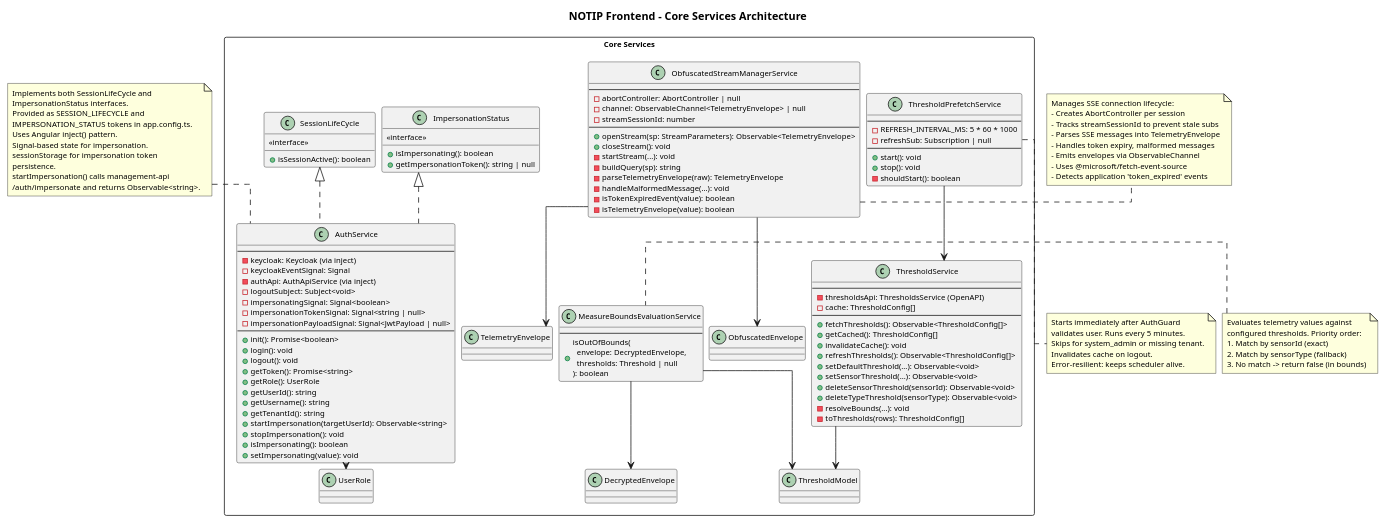
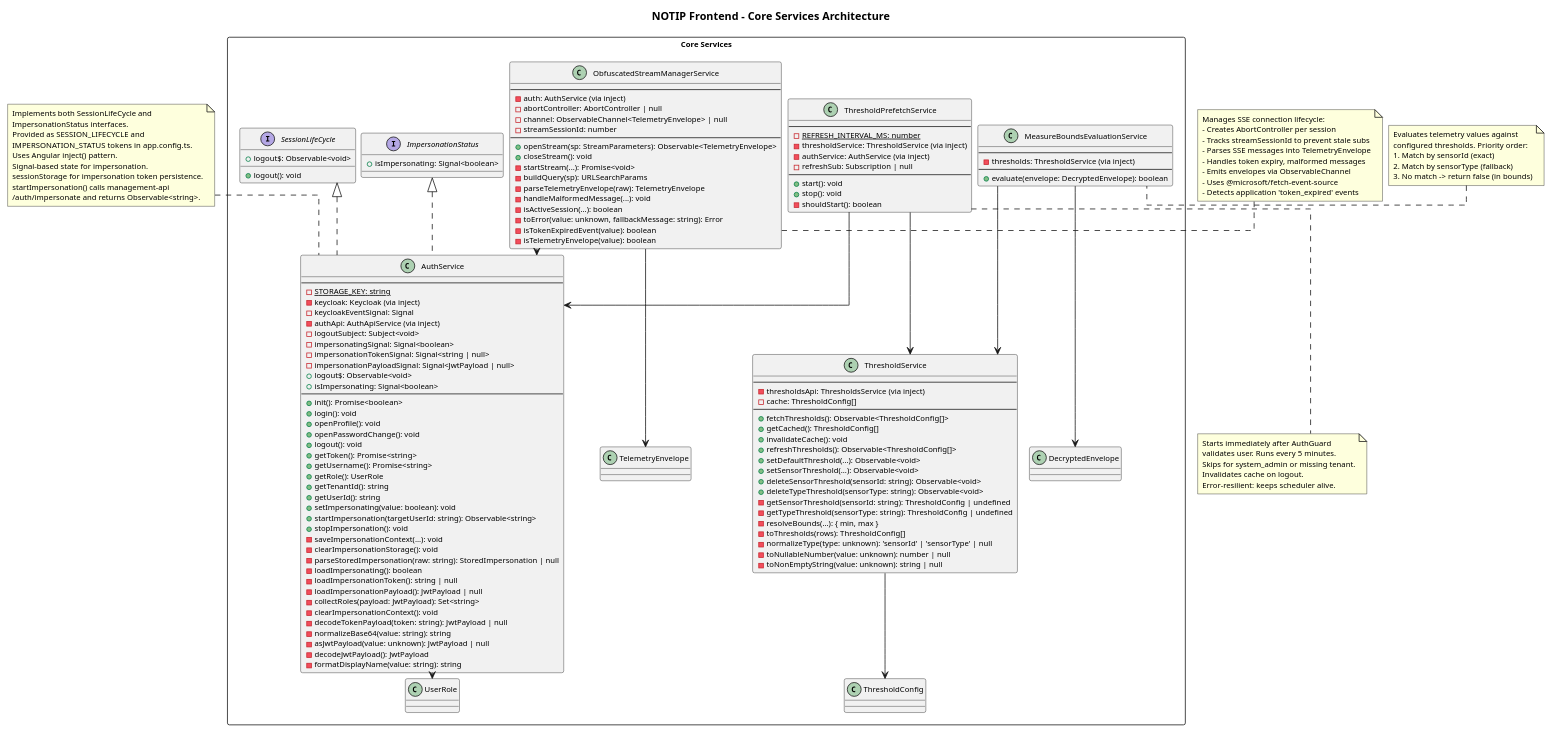
Before and after one commit to NoTIPswe/RepoDocumentale: the diagram in docs/13-pb/docest/specifica_tecnica_frontend/assets/05-core-services.puml, drawn with PlantUML. The commit also changed 23 other files, not shown here.

```diff
--- a/docs/13-pb/docest/specifica_tecnica_frontend/assets/05-core-services.puml
+++ b/docs/13-pb/docest/specifica_tecnica_frontend/assets/05-core-services.puml
@@ -1,150 +1,177 @@
 @startuml
 title NOTIP Frontend - Core Services Architecture
 
 skinparam backgroundColor #FFFFFF
 skinparam defaultFontSize 10
 skinparam defaultFontColor #000000
 skinparam nodesep 8
 skinparam ranksep 8
 skinparam linetype ortho
 
 package "Core Services" <<Rectangle>> {
   class "AuthService" as AuthService {
     --
+    -{static} STORAGE_KEY: string
     -keycloak: Keycloak (via inject)
     -keycloakEventSignal: Signal
     -authApi: AuthApiService (via inject)
     -logoutSubject: Subject<void>
     -impersonatingSignal: Signal<boolean>
     -impersonationTokenSignal: Signal<string | null>
     -impersonationPayloadSignal: Signal<JwtPayload | null>
+    +logout$: Observable<void>
+    +isImpersonating: Signal<boolean>
     --
     +init(): Promise<boolean>
     +login(): void
+    +openProfile(): void
+    +openPasswordChange(): void
     +logout(): void
     +getToken(): Promise<string>
+    +getUsername(): Promise<string>
     +getRole(): UserRole
+    +getTenantId(): string
     +getUserId(): string
-    +getUsername(): string
-    +getTenantId(): string
-    +startImpersonation(targetUserId): Observable<string>
+    +setImpersonating(value: boolean): void
+    +startImpersonation(targetUserId: string): Observable<string>
     +stopImpersonation(): void
-    +isImpersonating(): boolean
-    +setImpersonating(value): void
+    -saveImpersonationContext(...): void
+    -clearImpersonationStorage(): void
+    -parseStoredImpersonation(raw: string): StoredImpersonation | null
+    -loadImpersonating(): boolean
+    -loadImpersonationToken(): string | null
+    -loadImpersonationPayload(): JwtPayload | null
+    -collectRoles(payload: JwtPayload): Set<string>
+    -clearImpersonationContext(): void
+    -decodeTokenPayload(token: string): JwtPayload | null
+    -normalizeBase64(value: string): string
+    -asJwtPayload(value: unknown): JwtPayload | null
+    -decodeJwtPayload(): JwtPayload
+    -formatDisplayName(value: string): string
   }
 
-  class "SessionLifeCycle" as SessionLifeCycle {
-    <<interface>>
-    +isSessionActive(): boolean
+  interface "SessionLifeCycle" as SessionLifeCycle {
+    +logout$: Observable<void>
+    +logout(): void
   }
 
-  class "ImpersonationStatus" as ImpersonationStatus {
-    <<interface>>
-    +isImpersonating(): boolean
-    +getImpersonationToken(): string | null
+  interface "ImpersonationStatus" as ImpersonationStatus {
+    +isImpersonating: Signal<boolean>
   }
 
   class "ObfuscatedStreamManagerService" as ObfStreamMgr {
     --
+    -auth: AuthService (via inject)
     -abortController: AbortController | null
     -channel: ObservableChannel<TelemetryEnvelope> | null
     -streamSessionId: number
     --
     +openStream(sp: StreamParameters): Observable<TelemetryEnvelope>
     +closeStream(): void
-    -startStream(...): void
-    -buildQuery(sp): string
+    -startStream(...): Promise<void>
+    -buildQuery(sp): URLSearchParams
     -parseTelemetryEnvelope(raw): TelemetryEnvelope
     -handleMalformedMessage(...): void
+    -isActiveSession(...): boolean
+    -toError(value: unknown, fallbackMessage: string): Error
     -isTokenExpiredEvent(value): boolean
     -isTelemetryEnvelope(value): boolean
   }
 
   class "ThresholdPrefetchService" as ThresholdPrefetch {
     --
-    -REFRESH_INTERVAL_MS: 5 * 60 * 1000
+    -{static} REFRESH_INTERVAL_MS: number
+    -thresholdService: ThresholdService (via inject)
+    -authService: AuthService (via inject)
     -refreshSub: Subscription | null
     --
     +start(): void
     +stop(): void
     -shouldStart(): boolean
   }
 
   class "ThresholdService" as ThresholdSvc {
     --
-    -thresholdsApi: ThresholdsService (OpenAPI)
+    -thresholdsApi: ThresholdsService (via inject)
     -cache: ThresholdConfig[]
     --
     +fetchThresholds(): Observable<ThresholdConfig[]>
     +getCached(): ThresholdConfig[]
     +invalidateCache(): void
     +refreshThresholds(): Observable<ThresholdConfig[]>
     +setDefaultThreshold(...): Observable<void>
     +setSensorThreshold(...): Observable<void>
-    +deleteSensorThreshold(sensorId): Observable<void>
-    +deleteTypeThreshold(sensorType): Observable<void>
-    -resolveBounds(...): void
+    +deleteSensorThreshold(sensorId: string): Observable<void>
+    +deleteTypeThreshold(sensorType: string): Observable<void>
+    -getSensorThreshold(sensorId: string): ThresholdConfig | undefined
+    -getTypeThreshold(sensorType: string): ThresholdConfig | undefined
+    -resolveBounds(...): { min, max }
     -toThresholds(rows): ThresholdConfig[]
+    -normalizeType(type: unknown): 'sensorId' | 'sensorType' | null
+    -toNullableNumber(value: unknown): number | null
+    -toNonEmptyString(value: unknown): string | null
   }
 
   class "MeasureBoundsEvaluationService" as BoundsEval {
     --
-    +isOutOfBounds(\n  envelope: DecryptedEnvelope,\n  thresholds: Threshold | null\n): boolean
+    -thresholds: ThresholdService (via inject)
+    --
+    +evaluate(envelope: DecryptedEnvelope): boolean
   }
 
   ' Relationships
   SessionLifeCycle <|.. AuthService
   ImpersonationStatus <|.. AuthService
 
   AuthService --> UserRole
 
   ThresholdPrefetch --> ThresholdSvc
-  ThresholdSvc --> ThresholdModel
+  ThresholdPrefetch --> AuthService
+  ThresholdSvc --> ThresholdConfig
   BoundsEval --> DecryptedEnvelope
-  BoundsEval --> ThresholdModel
+  BoundsEval --> ThresholdSvc
 
-  ObfStreamMgr --> ObfuscatedEnvelope
   ObfStreamMgr --> TelemetryEnvelope
+  ObfStreamMgr --> AuthService
 }
 
 note top of AuthService
   Implements both SessionLifeCycle and
   ImpersonationStatus interfaces.
   Provided as SESSION_LIFECYCLE and
   IMPERSONATION_STATUS tokens in app.config.ts.
   Uses Angular inject() pattern.
   Signal-based state for impersonation.
-  sessionStorage for impersonation token
-  persistence.
+  sessionStorage for impersonation token persistence.
   startImpersonation() calls management-api
   /auth/impersonate and returns Observable<string>.
 end note
 
 note right of ObfStreamMgr
   Manages SSE connection lifecycle:
   - Creates AbortController per session
   - Tracks streamSessionId to prevent stale subs
   - Parses SSE messages into TelemetryEnvelope
   - Handles token expiry, malformed messages
   - Emits envelopes via ObservableChannel
   - Uses @microsoft/fetch-event-source
   - Detects application 'token_expired' events
 end note
 
 note bottom of ThresholdPrefetch
   Starts immediately after AuthGuard
   validates user. Runs every 5 minutes.
   Skips for system_admin or missing tenant.
   Invalidates cache on logout.
   Error-resilient: keeps scheduler alive.
 end note
 
 note left of BoundsEval
   Evaluates telemetry values against
   configured thresholds. Priority order:
   1. Match by sensorId (exact)
   2. Match by sensorType (fallback)
   3. No match -> return false (in bounds)
 end note
 
 @enduml
```
